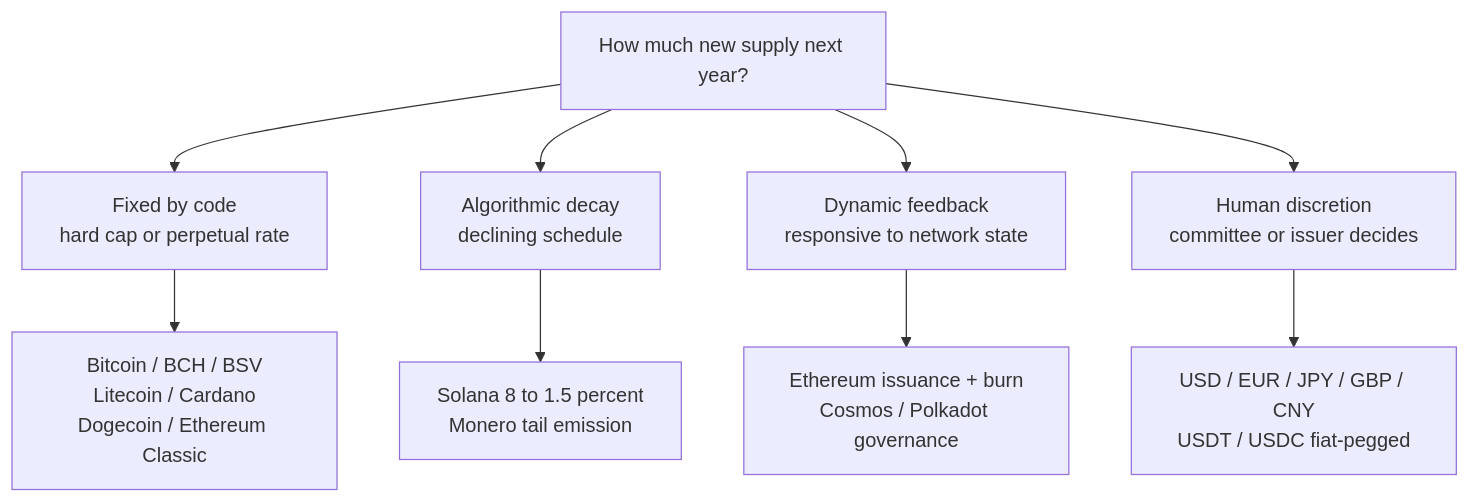
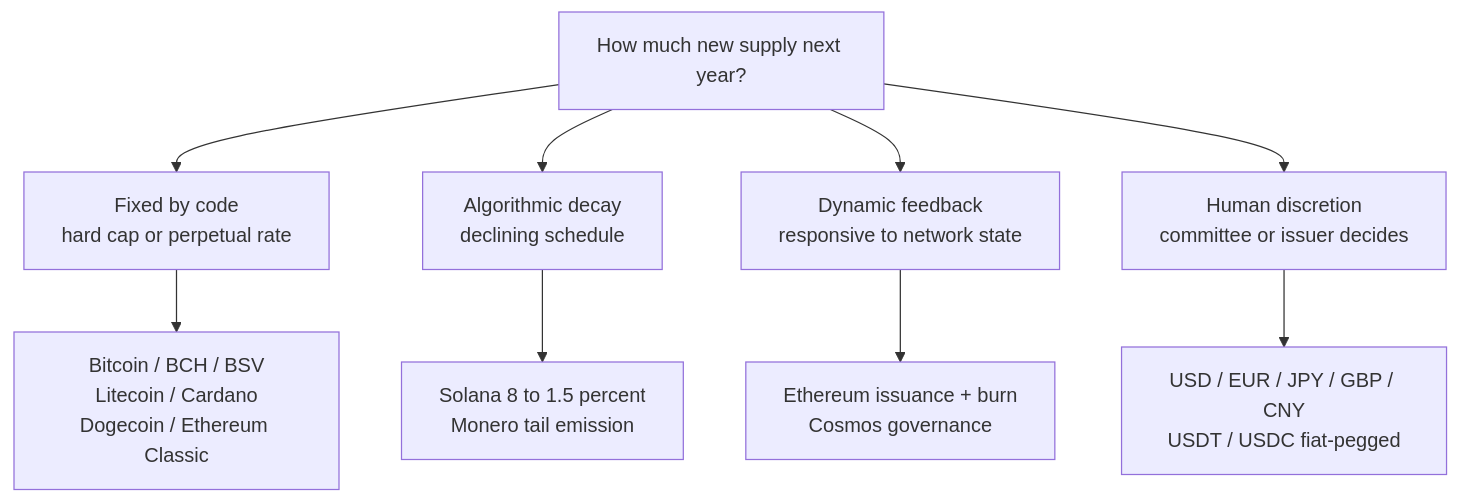
One commit to cypher256/BitcoinArchive changed the second of 3 diagrams in src/data/entries/en/analysis/2008-10-31-fixed-supply-vs-adjustable-money.md. Above: the diagram before and after it, drawn with Mermaid. The commit also changed other lines of this file and 4 other files, not shown here.

````diff
--- a/src/data/entries/en/analysis/2008-10-31-fixed-supply-vs-adjustable-money.md
+++ b/src/data/entries/en/analysis/2008-10-31-fixed-supply-vs-adjustable-money.md
@@ -206,12 +206,12 @@
 ```mermaid
 graph TD
     Q[How much new supply next year?]
     Q --> Fixed[Fixed by code<br/>hard cap or perpetual rate]
     Q --> Decay[Algorithmic decay<br/>declining schedule]
     Q --> Dyn[Dynamic feedback<br/>responsive to network state]
     Q --> Disc[Human discretion<br/>committee or issuer decides]
     Fixed --> A1[Bitcoin / BCH / BSV<br/>Litecoin / Cardano<br/>Dogecoin / Ethereum Classic]
     Decay --> A2[Solana 8 to 1.5 percent<br/>Monero tail emission]
-    Dyn --> A3[Ethereum issuance + burn<br/>Cosmos / Polkadot governance]
+    Dyn --> A3[Ethereum issuance + burn<br/>Cosmos governance]
     Disc --> A4[USD / EUR / JPY / GBP / CNY<br/>USDT / USDC fiat-pegged]
 ```
````
